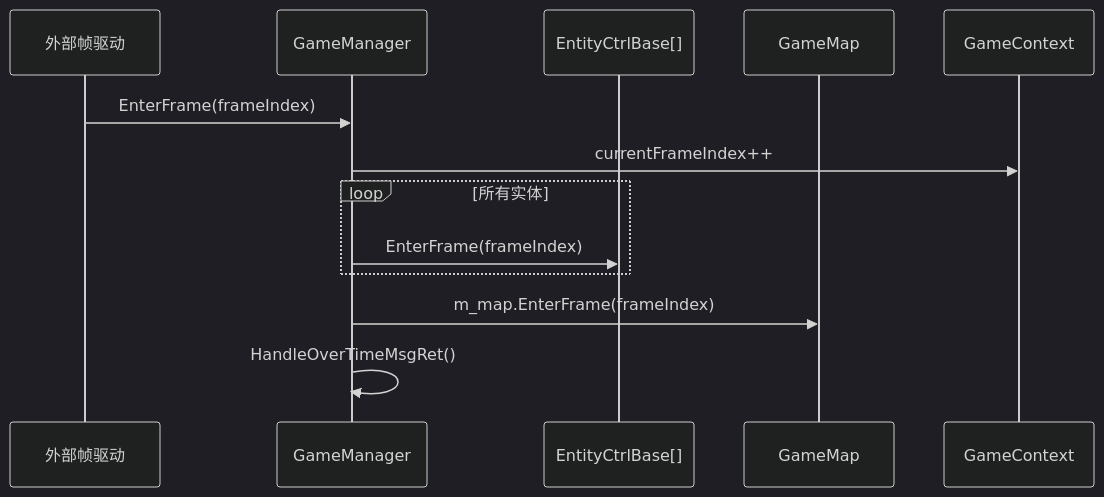
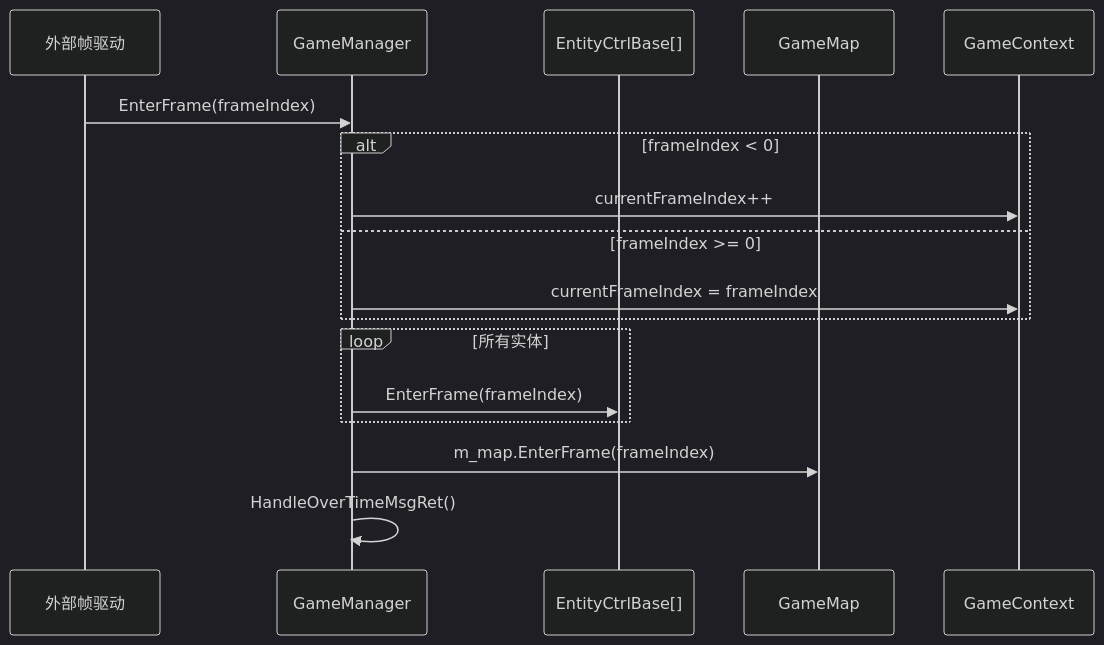
The second of 2 diagrams in diagrams/battle/L0_ENTRY_LAYER.md (BoyLei/Stars), drawn with Mermaid (dark theme) before and after one commit. The commit also changed other lines of this file and 135 other files, not shown here.

Commit message:
Refactor Stars client module and startup flow

````diff
--- a/diagrams/battle/L0_ENTRY_LAYER.md
+++ b/diagrams/battle/L0_ENTRY_LAYER.md
@@ -38,15 +40,19 @@
 ```mermaid
 sequenceDiagram
     participant Outer as 外部帧驱动
     participant GM as GameManager
     participant EC as EntityCtrlBase[]
     participant Map as GameMap
     participant Ctx as GameContext
     Outer->>GM: EnterFrame(frameIndex)
-    GM->>Ctx: currentFrameIndex++
+    alt frameIndex < 0
+        GM->>Ctx: currentFrameIndex++
+    else frameIndex >= 0
+        GM->>Ctx: currentFrameIndex = frameIndex
+    end
     loop 所有实体
         GM->>EC: EnterFrame(frameIndex)
     end
     GM->>Map: m_map.EnterFrame(frameIndex)
     GM->>GM: HandleOverTimeMsgRet()
 ```
````
